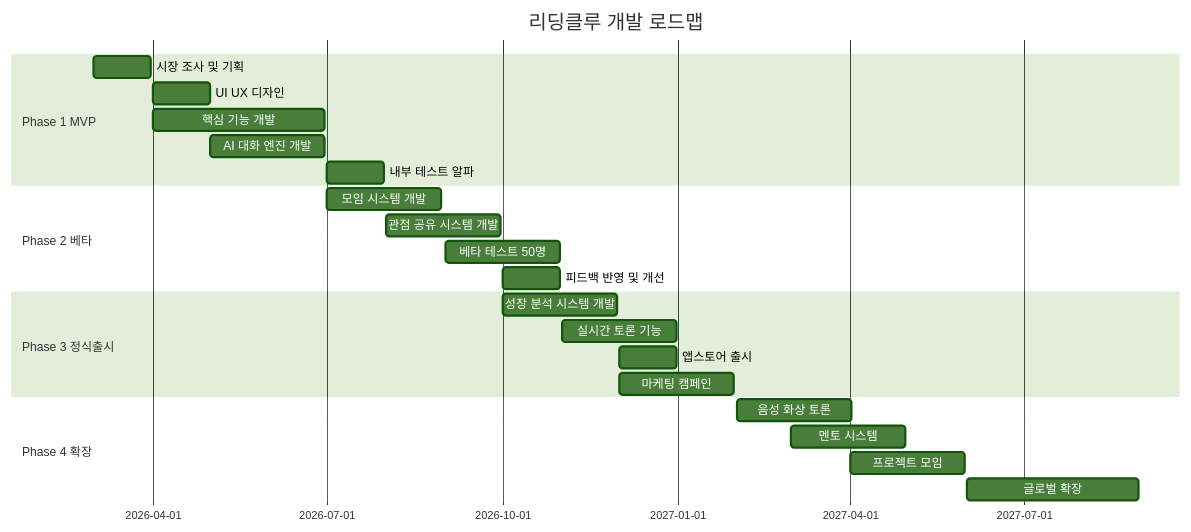
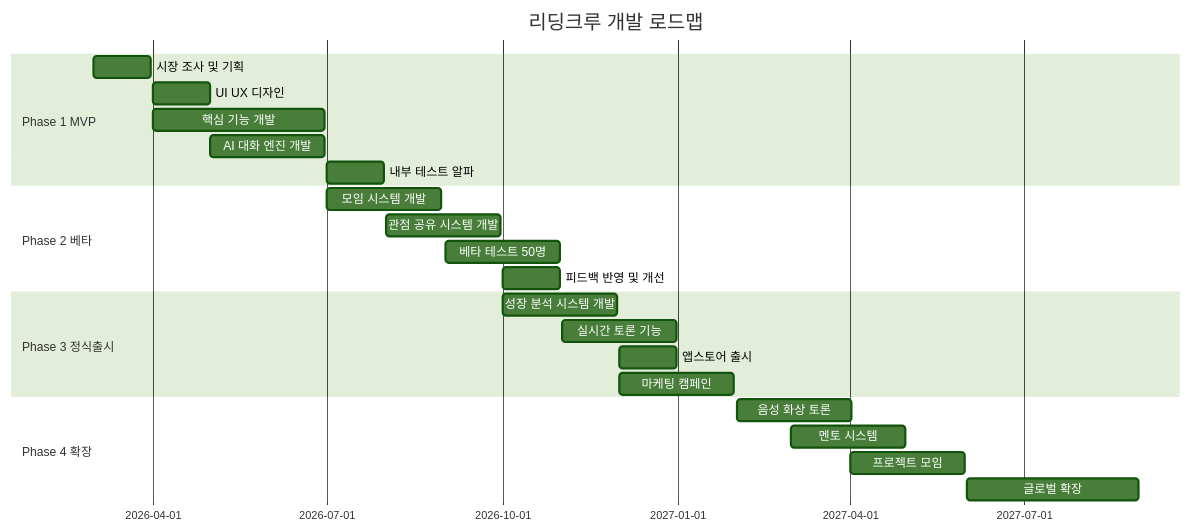
One commit to Collegenie-X/ReadingClueProject changed diagram 25 of 29 in 아이디어/1단계- AI_독서대화_앱_기획_가이드.md. Above: the diagram before and after it, drawn with Mermaid (forest theme). The commit also changed other lines of this file and 9 other files, not shown here.

````diff
--- a/아이디어/1단계- AI_독서대화_앱_기획_가이드.md
+++ b/아이디어/1단계- AI_독서대화_앱_기획_가이드.md
@@ -1591,30 +1591,30 @@
 ```mermaid
 gantt
-    title 리딩클루 개발 로드맵
+    title 리딩크루 개발 로드맵
     dateFormat YYYY-MM-DD
 
     section Phase 1 MVP
     시장 조사 및 기획          :a1, 2026-03-01, 30d
     UI UX 디자인              :a2, 2026-04-01, 30d
     핵심 기능 개발             :a3, 2026-04-01, 90d
     AI 대화 엔진 개발          :a4, 2026-05-01, 60d
     내부 테스트 알파            :a5, 2026-07-01, 30d
 
     section Phase 2 베타
     모임 시스템 개발            :b1, 2026-07-01, 60d
     관점 공유 시스템 개발        :b2, 2026-08-01, 60d
     베타 테스트 50명            :b3, 2026-09-01, 60d
     피드백 반영 및 개선          :b4, 2026-10-01, 30d
 
     section Phase 3 정식출시
     성장 분석 시스템 개발        :c1, 2026-10-01, 60d
     실시간 토론 기능             :c2, 2026-11-01, 60d
     앱스토어 출시               :c3, 2026-12-01, 30d
     마케팅 캠페인               :c4, 2026-12-01, 60d
 
     section Phase 4 확장
     음성 화상 토론               :d1, 2027-02-01, 60d
     멘토 시스템                  :d2, 2027-03-01, 60d
     프로젝트 모임                :d3, 2027-04-01, 60d
     글로벌 확장                  :d4, 2027-06-01, 90d
 ```
````
